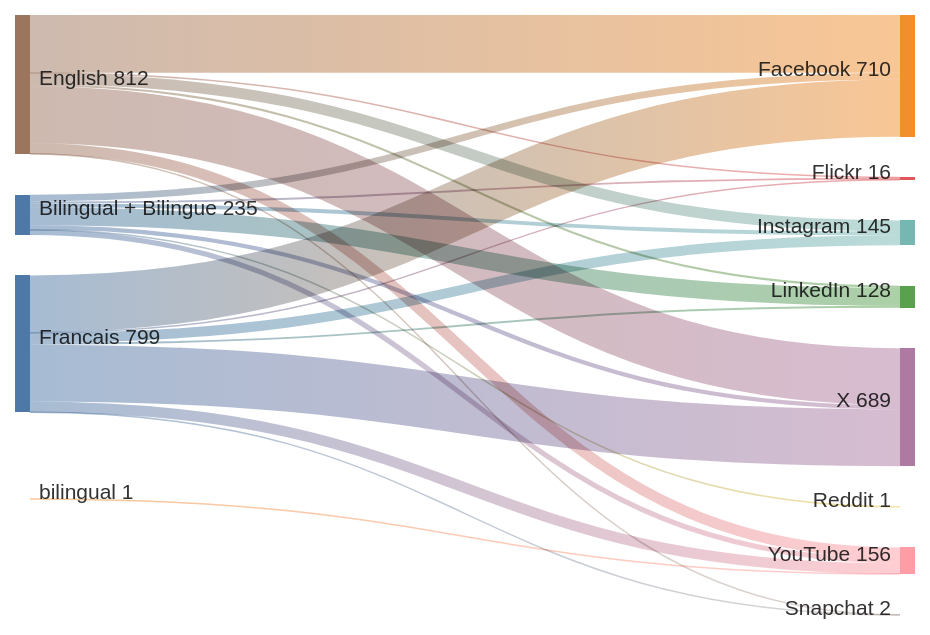
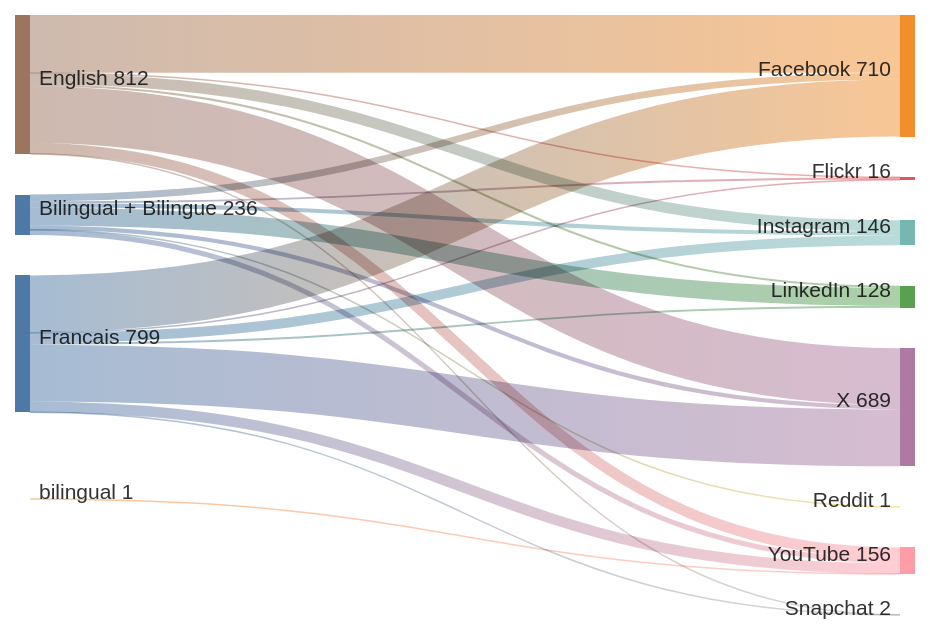
The diagram in sankey_diagram.md (PatLittle/GC-Socials), drawn with Mermaid before and after one commit.

Commit message:
Update Sankey diagram for the most recent day

````diff
--- a/sankey_diagram.md
+++ b/sankey_diagram.md
@@ -1,25 +1,25 @@
 ```mermaid
 sankey-beta
   Bilingual + Bilingue,Facebook,40
   Bilingual + Bilingue,Flickr,11
-  Bilingual + Bilingue,Instagram,23
+  Bilingual + Bilingue,Instagram,24
   Bilingual + Bilingue,LinkedIn,105
   Bilingual + Bilingue,Reddit,1
   Bilingual + Bilingue,X,25
   Bilingual + Bilingue,YouTube,30
   English,Facebook,337
   English,Flickr,3
   English,Instagram,64
   English,LinkedIn,12
   English,Snapchat,1
   English,X,332
   English,YouTube,63
   Francais,Facebook,333
   Francais,Flickr,2
   Francais,Instagram,58
   Francais,LinkedIn,11
   Francais,Snapchat,1
   Francais,X,332
   Francais,YouTube,62
   bilingual,YouTube,1
 ```
````
